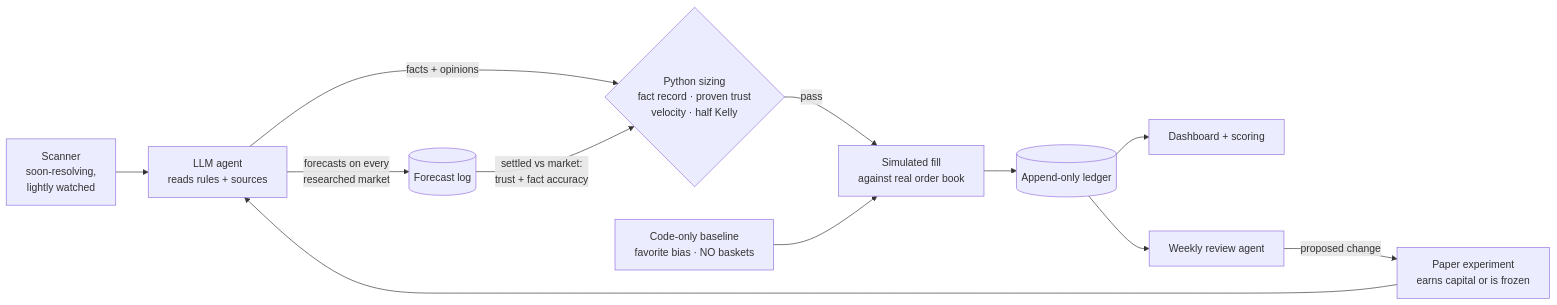
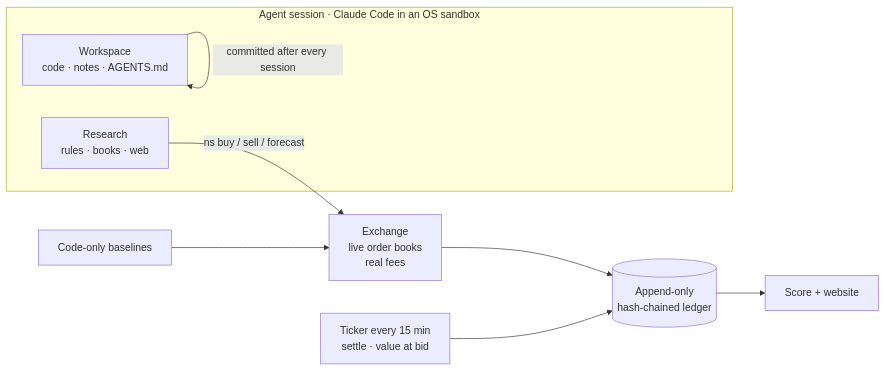
Before and after one commit to Amadeus415/agentic_trading: the diagram in README.md, drawn with Mermaid. The commit also changed other lines of this file and 8 other files, not shown here.

````diff
--- a/README.md
+++ b/README.md
@@ -39,14 +13,13 @@
 ```mermaid
 flowchart LR
-    S[Scanner<br/>soon-resolving,<br/>lightly watched] --> R[LLM agent<br/>reads rules + sources]
-    R -->|forecasts on every<br/>researched market| FL[(Forecast log)]
-    R -->|facts + opinions| G{Python sizing<br/>fact record · proven trust<br/>velocity · half Kelly}
-    FL -->|settled vs market:<br/>trust + fact accuracy| G
-    G -->|pass| F[Simulated fill<br/>against real order book]
-    F --> L[(Append-only ledger)]
-    B[Code-only baseline<br/>favorite bias · NO baskets] --> F
-    L --> D[Dashboard + scoring]
-    L --> V[Weekly review agent]
-    V -->|proposed change| E[Paper experiment<br/>earns capital or is frozen]
-    E --> R
+    subgraph Agent["Agent session · Claude Code in an OS sandbox"]
+        W[Workspace<br/>code · notes · AGENTS.md]
+        R[Research<br/>rules · books · web]
+    end
+    R -- "ns buy / sell / forecast" --> X[Exchange<br/>live order books<br/>real fees]
+    X --> L[(Append-only<br/>hash-chained ledger)]
+    T[Ticker every 15 min<br/>settle · value at bid] --> L
+    B[Code-only baselines] --> X
+    L --> S[Score + website]
+    W -- "committed after every session" --> W
 ```
````
